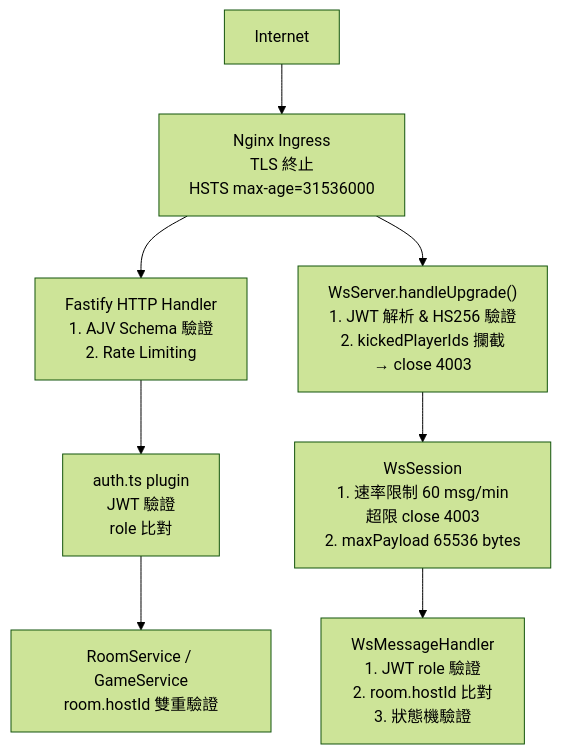
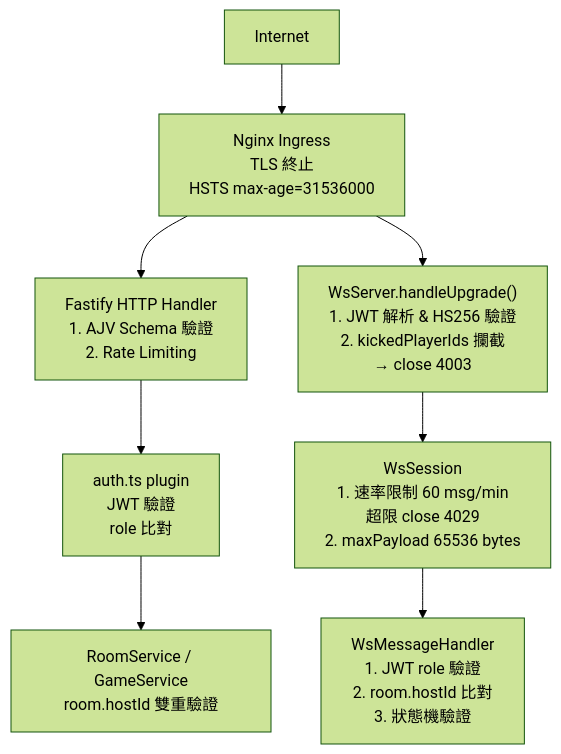
Before and after one commit to ibalasite/climb_stairs: the fourth of 4 diagrams in docs/ARCH.md, drawn with Mermaid (forest theme). The commit also changed other lines of this file and 2 other files, not shown here.

````diff
--- a/docs/ARCH.md
+++ b/docs/ARCH.md
@@ -338,10 +374,10 @@
 ```mermaid
 graph TD
     Internet["Internet"] --> Nginx["Nginx Ingress\nTLS 終止\nHSTS max-age=31536000"]
     Nginx --> FastifyHTTP["Fastify HTTP Handler\n1. AJV Schema 驗證\n2. Rate Limiting"]
     Nginx --> WsUpgrade["WsServer.handleUpgrade()\n1. JWT 解析 & HS256 驗證\n2. kickedPlayerIds 攔截\n   → close 4003"]
     FastifyHTTP --> AuthPlugin["auth.ts plugin\nJWT 驗證\nrole 比對"]
     AuthPlugin --> RoomService["RoomService / GameService\nroom.hostId 雙重驗證"]
-    WsUpgrade --> WsSession["WsSession\n1. 速率限制 60 msg/min\n   超限 close 4003\n2. maxPayload 65536 bytes"]
+    WsUpgrade --> WsSession["WsSession\n1. 速率限制 60 msg/min\n   超限 close 4029\n2. maxPayload 65536 bytes"]
     WsSession --> WsMessageHandler["WsMessageHandler\n1. JWT role 驗證\n2. room.hostId 比對\n3. 狀態機驗證"]
 ```
````
